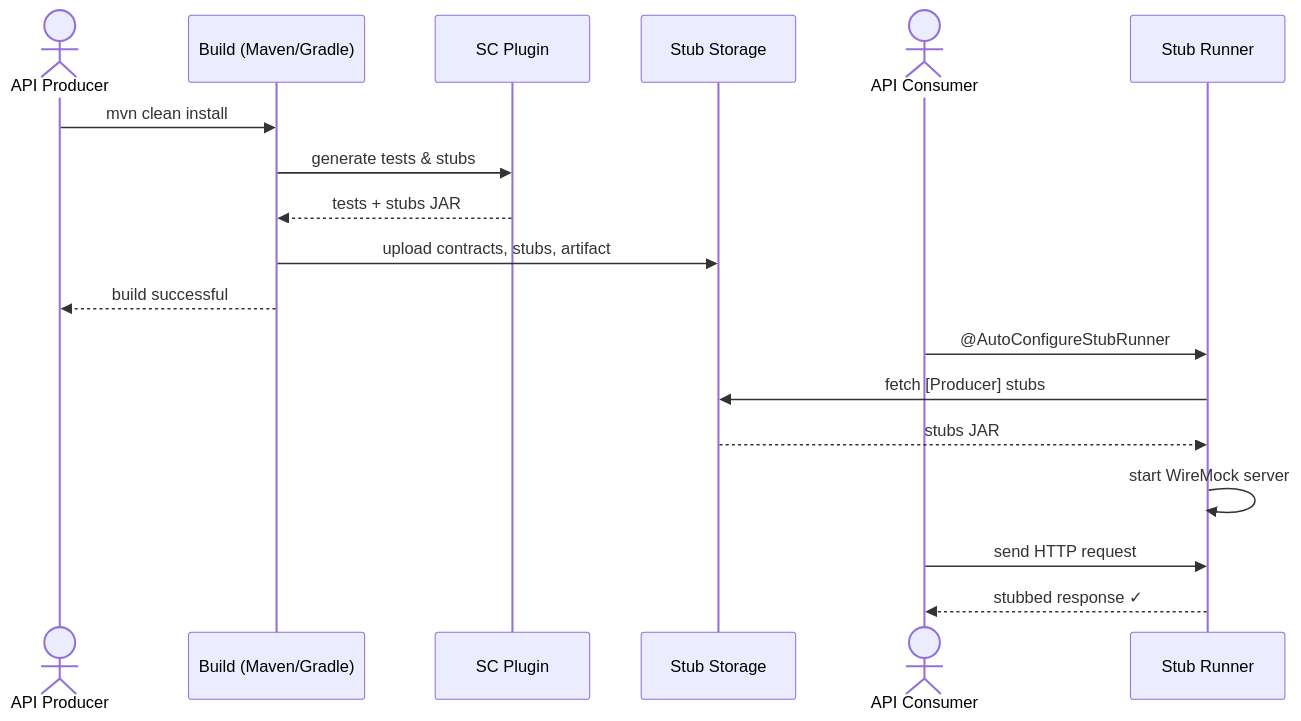
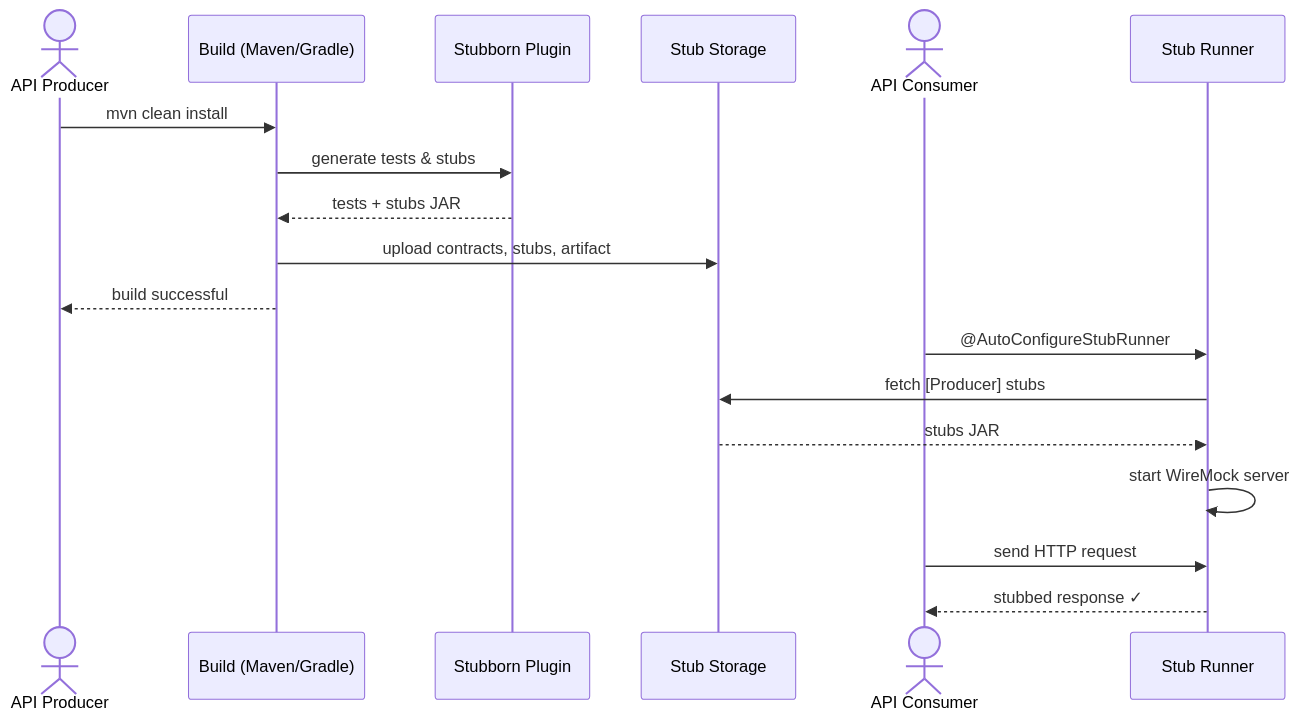
Before and after one commit to stubborn-sh/stubborn-contract: the diagram in docs/getting-started/quick-start.md, drawn with Mermaid. The commit also changed 13 other files, not shown here.

````diff
--- a/docs/getting-started/quick-start.md
+++ b/docs/getting-started/quick-start.md
@@ -12,22 +12,22 @@
 ```mermaid
 sequenceDiagram
     actor Producer as API Producer
     participant Build as Build (Maven/Gradle)
-    participant SCPlugin as SC Plugin
+    participant SCPlugin as Stubborn Plugin
     participant Storage as Stub Storage
     actor Consumer as API Consumer
     participant SR as Stub Runner
 
     Producer->>Build: mvn clean install
     Build->>SCPlugin: generate tests & stubs
     SCPlugin-->>Build: tests + stubs JAR
     Build->>Storage: upload contracts, stubs, artifact
     Build-->>Producer: build successful
 
     Consumer->>SR: @AutoConfigureStubRunner
     SR->>Storage: fetch [Producer] stubs
     Storage-->>SR: stubs JAR
     SR->>SR: start WireMock server
     Consumer->>SR: send HTTP request
     SR-->>Consumer: stubbed response ✓
 ```
````
